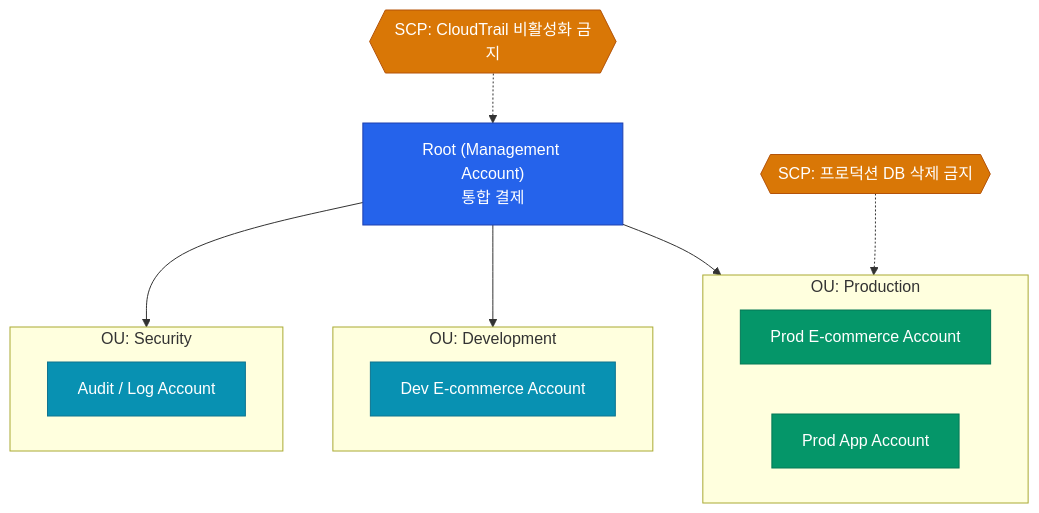
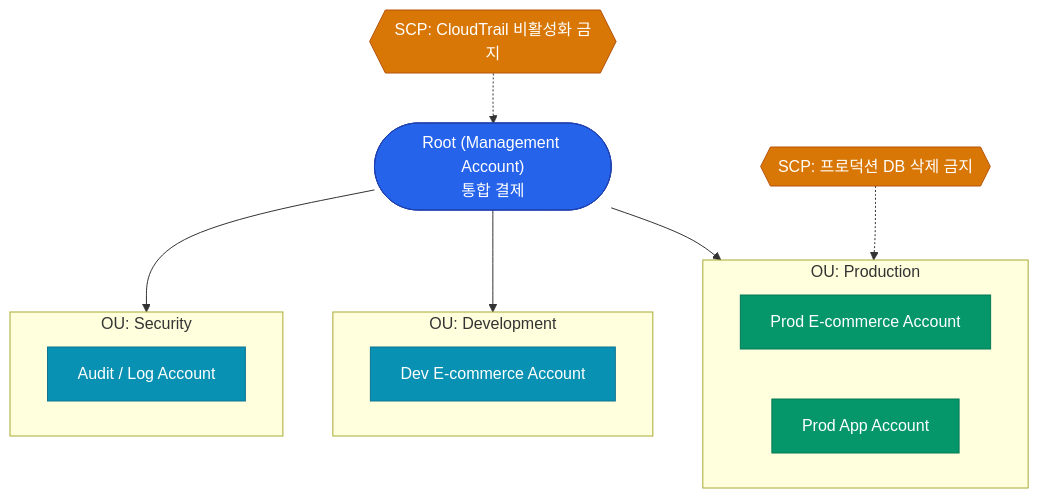
One commit to No1Joon/No1Joon.github.io changed the first of 2 diagrams in _posts/cloud-infrastructure/2026-04-20-aws-01-iam.md. Above: the diagram before and after it, drawn with Mermaid. The commit also changed other lines of this file and 36 other files, not shown here.

````diff
--- a/_posts/cloud-infrastructure/2026-04-20-aws-01-iam.md
+++ b/_posts/cloud-infrastructure/2026-04-20-aws-01-iam.md
@@ -25,34 +26,37 @@
 ```mermaid
 flowchart TD
-    ROOT["Root (Management Account)<br/>통합 결제"]
+    ROOT(["Root (Management Account)<br/>통합 결제"])
     
     subgraph ou_prod [OU: Production]
         PROD_ECOM["Prod E-commerce Account"]
         PROD_APP["Prod App Account"]
     end
     
     subgraph ou_dev [OU: Development]
         DEV_ECOM["Dev E-commerce Account"]
     end
     
     subgraph ou_sec [OU: Security]
         SEC_AUDIT["Audit / Log Account"]
     end
 
     ROOT --> ou_prod
     ROOT --> ou_dev
     ROOT --> ou_sec
 
-    SCP_ROOT{{"SCP: CloudTrail 비활성화 금지"}} -.-> ROOT
-    SCP_PROD{{"SCP: 프로덕션 DB 삭제 금지"}} -.-> ou_prod
+    SCP_ROOT{{SCP: CloudTrail 비활성화 금지}} -.-> ROOT
+    SCP_PROD{{SCP: 프로덕션 DB 삭제 금지}} -.-> ou_prod
 
     classDef primary fill:#2563eb,stroke:#1e40af,color:#ffffff
     classDef success fill:#059669,stroke:#047857,color:#ffffff
     classDef warn fill:#d97706,stroke:#b45309,color:#ffffff
+    classDef danger fill:#dc2626,stroke:#991b1b,color:#ffffff
     classDef info fill:#0891b2,stroke:#0e7490,color:#ffffff
+    classDef neutral fill:#475569,stroke:#334155,color:#ffffff
+    classDef muted fill:#e2e8f0,stroke:#94a3b8,color:#0f172a
 
     class ROOT primary
     class PROD_ECOM,PROD_APP success
     class DEV_ECOM,SEC_AUDIT info
     class SCP_ROOT,SCP_PROD warn
 ```
````
